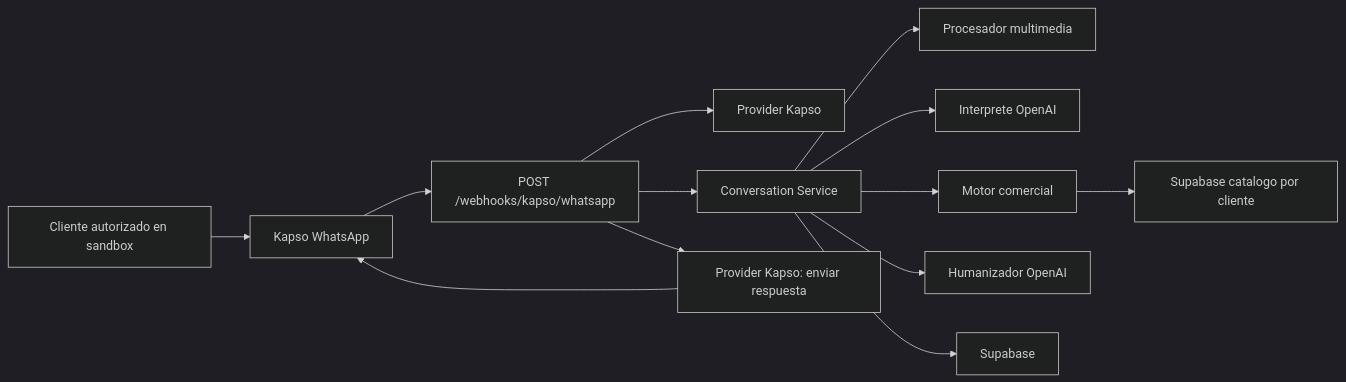
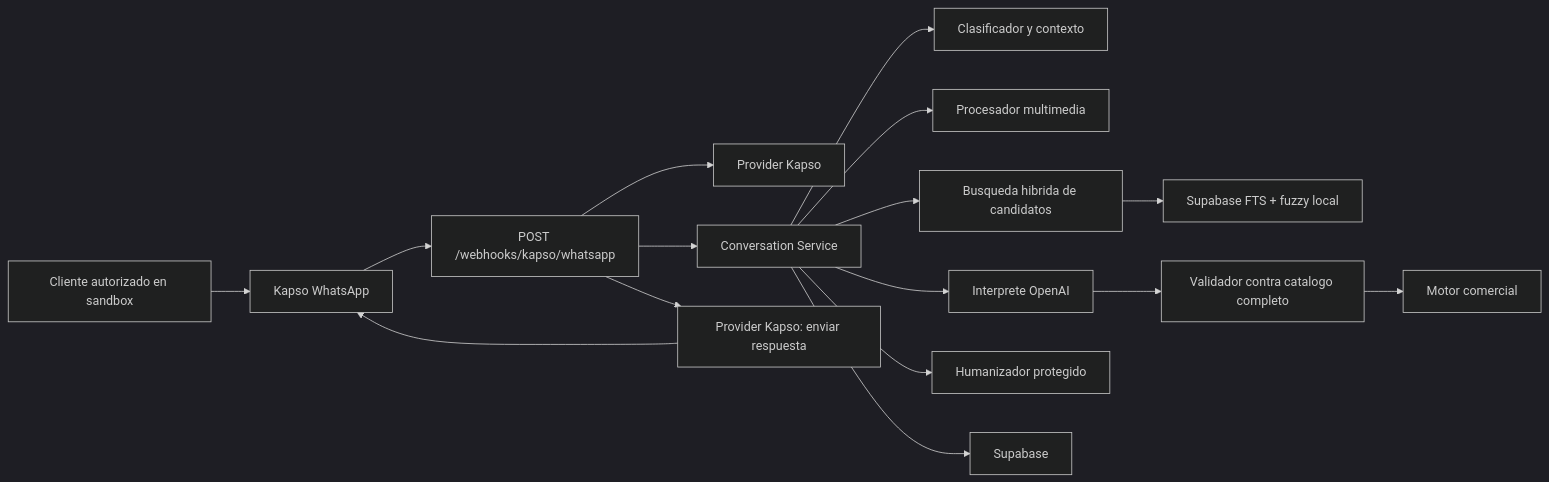
The diagram in README.md (FGomezOspina/whatssappAI), drawn with Mermaid (dark theme) before and after one commit. The commit also changed other lines of this file and 6 other files, not shown here.

````diff
--- a/README.md
+++ b/README.md
@@ -35,15 +39,18 @@
 ```mermaid
 flowchart LR
   A["Cliente autorizado en sandbox"] --> B["Kapso WhatsApp"]
   B --> C["POST /webhooks/kapso/whatsapp"]
   C --> D["Provider Kapso"]
   C --> E["Conversation Service"]
-  E --> F["Procesador multimedia"]
-  E --> G["Interprete OpenAI"]
-  E --> H["Motor comercial"]
-  H --> I["Supabase catalogo por cliente"]
-  E --> J["Humanizador OpenAI"]
-  E --> K["Supabase"]
-  C --> L["Provider Kapso: enviar respuesta"]
-  L --> B
+  E --> F["Clasificador y contexto"]
+  E --> G["Procesador multimedia"]
+  E --> H["Busqueda hibrida de candidatos"]
+  H --> I["Supabase FTS + fuzzy local"]
+  E --> J["Interprete OpenAI"]
+  J --> K["Validador contra catalogo completo"]
+  K --> L["Motor comercial"]
+  E --> M["Humanizador protegido"]
+  E --> N["Supabase"]
+  C --> O["Provider Kapso: enviar respuesta"]
+  O --> B
 ```
````
